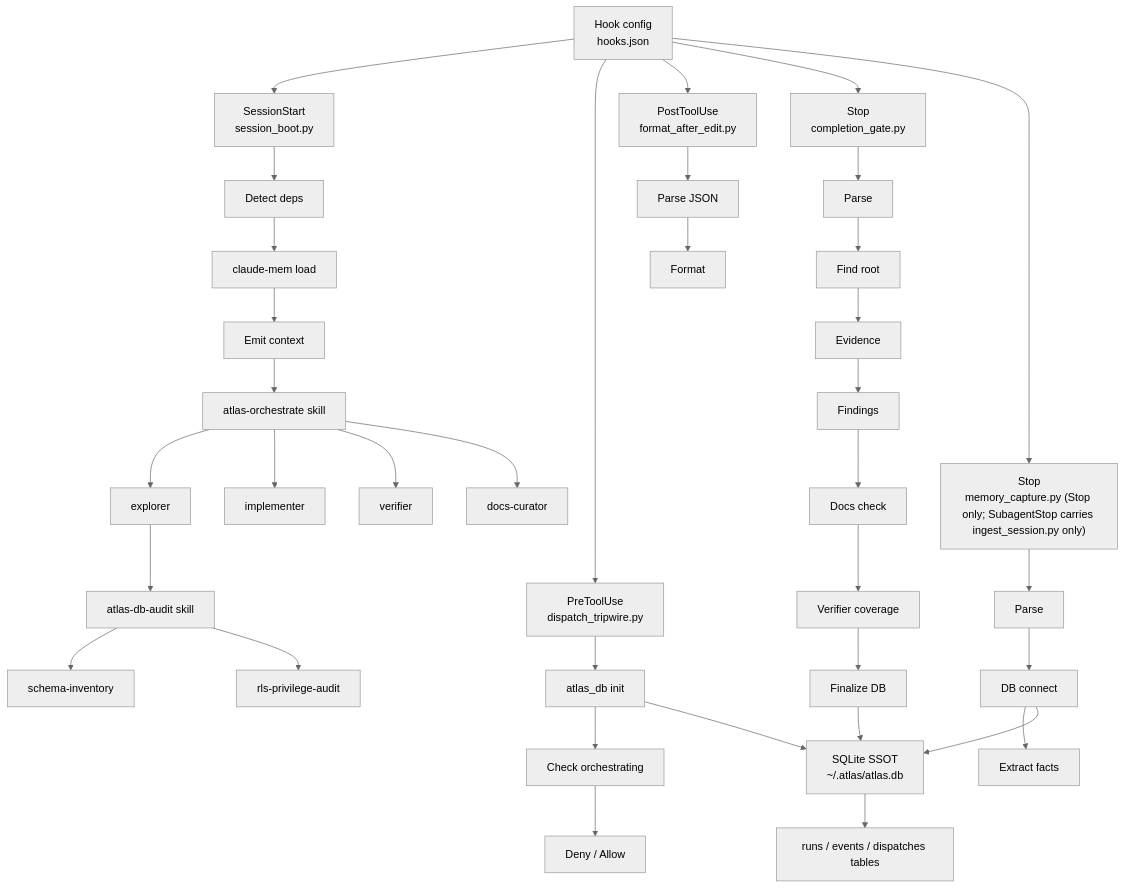
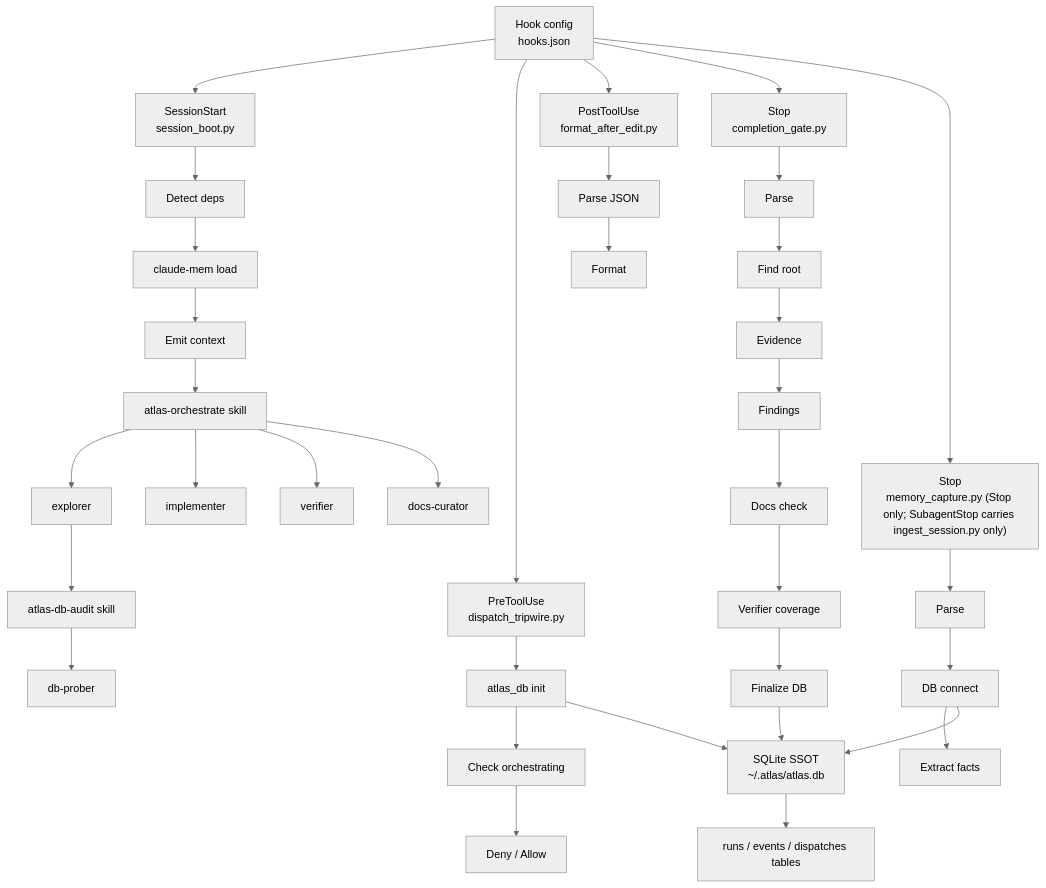
One commit to w159/tech-tools changed the diagram in docs/architecture/atlas-plugin-map-2026-07-17.md. Above: the diagram before and after it, drawn with Mermaid (neutral theme). The commit also changed other lines of this file and 225 other files, not shown here.

````diff
--- a/docs/architecture/atlas-plugin-map-2026-07-17.md
+++ b/docs/architecture/atlas-plugin-map-2026-07-17.md
@@ -7,27 +7,27 @@
 ```mermaid
 graph TD
     A["Hook config<br/>hooks.json"] --> B["SessionStart<br/>session_boot.py"]
     B --> C["Detect deps"] --> D["claude-mem load"] --> E["Emit context"]
 
     A --> F["PreToolUse<br/>dispatch_tripwire.py"]
     F --> G["atlas_db init"] --> H["Check orchestrating"] --> I["Deny / Allow"]
 
     A --> J["PostToolUse<br/>format_after_edit.py"] --> K["Parse JSON"] --> L["Format"]
 
     A --> M["Stop<br/>completion_gate.py"]
     M --> N["Parse"] --> O["Find root"] --> P["Evidence"] --> Q["Findings"]
     Q --> R["Docs check"] --> S["Verifier coverage"] --> T["Finalize DB"]
 
     A --> U["Stop<br/>memory_capture.py (Stop only; SubagentStop carries ingest_session.py only)"]
     U --> V["Parse"] --> W["DB connect"] --> X["Extract facts"]
 
     T --> Y["SQLite SSOT<br/>~/.atlas/atlas.db"]
     W --> Y
     G --> Y
     Y --> Z["runs / events / dispatches tables"]
 
     E --> CC["atlas-orchestrate skill"]
     CC --> DD["explorer"] & EE["implementer"] & FF["verifier"] & GG["docs-curator"]
     DD --> HH["atlas-db-audit skill"]
-    HH --> II["schema-inventory"] & JJ["rls-privilege-audit"]
+    HH --> II["db-prober"]
 ```
````
